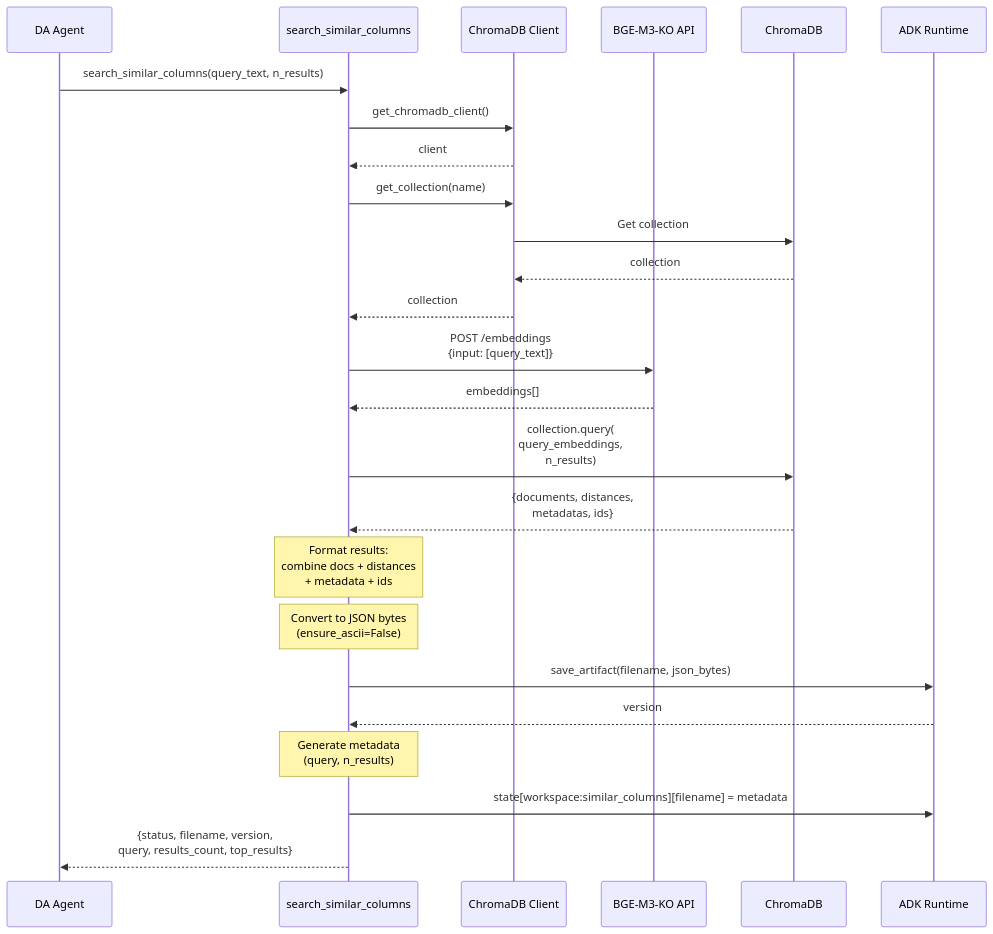
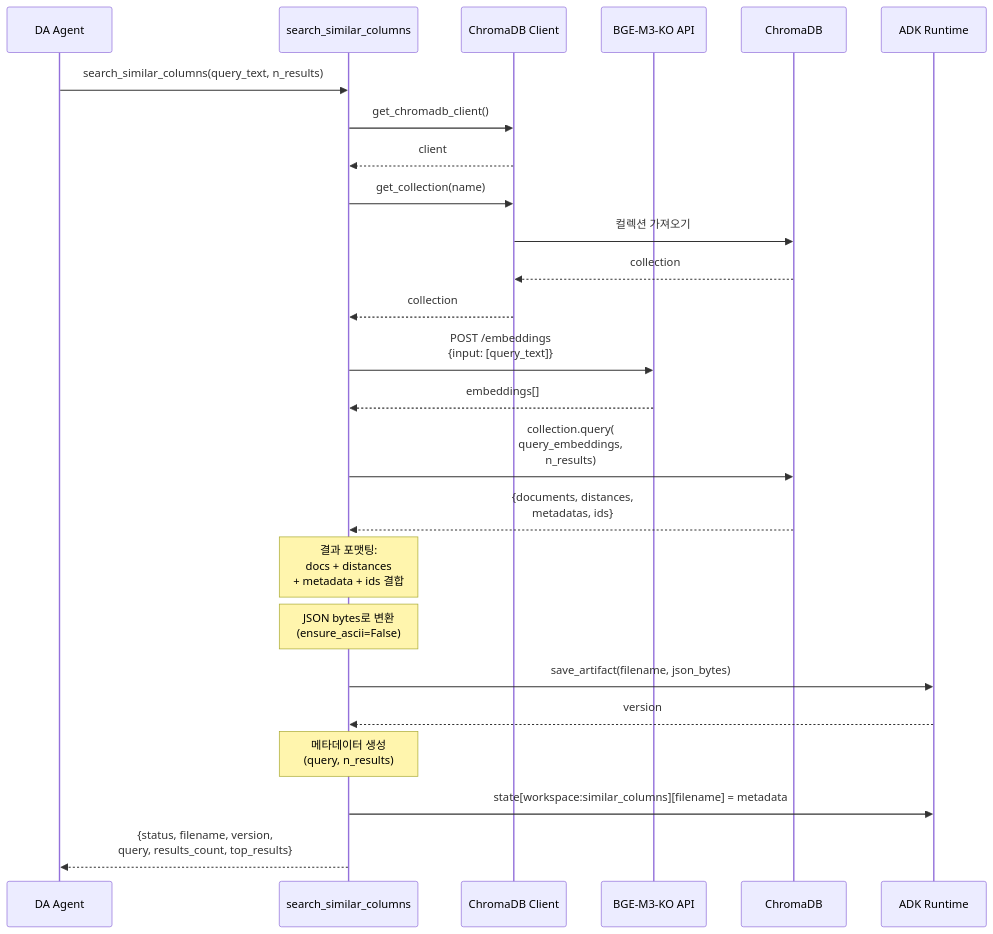
The third of 6 diagrams in data_toolbox_archi.md (beyonwr/agent-adk-data-search), drawn with Mermaid before and after one commit. The commit also changed other lines of this file, not shown here.

````diff
--- a/data_toolbox_archi.md
+++ b/data_toolbox_archi.md
@@ -93,38 +93,38 @@
 ```mermaid
 sequenceDiagram
     participant Agent as DA Agent
     participant SearchTool as search_similar_columns
     participant ChromaClient as ChromaDB Client
     participant Embedding as BGE-M3-KO API
     participant ChromaDB as ChromaDB
     participant ADK as ADK Runtime
 
     Agent->>SearchTool: search_similar_columns(query_text, n_results)
 
     SearchTool->>ChromaClient: get_chromadb_client()
     ChromaClient-->>SearchTool: client
 
     SearchTool->>ChromaClient: get_collection(name)
-    ChromaClient->>ChromaDB: Get collection
+    ChromaClient->>ChromaDB: 컬렉션 가져오기
     ChromaDB-->>ChromaClient: collection
     ChromaClient-->>SearchTool: collection
 
     SearchTool->>Embedding: POST /embeddings<br/>{input: [query_text]}
     Embedding-->>SearchTool: embeddings[]
 
     SearchTool->>ChromaDB: collection.query(<br/>query_embeddings,<br/>n_results)
     ChromaDB-->>SearchTool: {documents, distances,<br/>metadatas, ids}
 
-    Note over SearchTool: Format results:<br/>combine docs + distances<br/>+ metadata + ids
+    Note over SearchTool: 결과 포맷팅:<br/>docs + distances<br/>+ metadata + ids 결합
 
-    Note over SearchTool: Convert to JSON bytes<br/>(ensure_ascii=False)
+    Note over SearchTool: JSON bytes로 변환<br/>(ensure_ascii=False)
 
     SearchTool->>ADK: save_artifact(filename, json_bytes)
     ADK-->>SearchTool: version
 
-    Note over SearchTool: Generate metadata<br/>(query, n_results)
+    Note over SearchTool: 메타데이터 생성<br/>(query, n_results)
 
     SearchTool->>ADK: state[workspace:similar_columns][filename] = metadata
 
     SearchTool-->>Agent: {status, filename, version,<br/>query, results_count, top_results}
 ```
````
